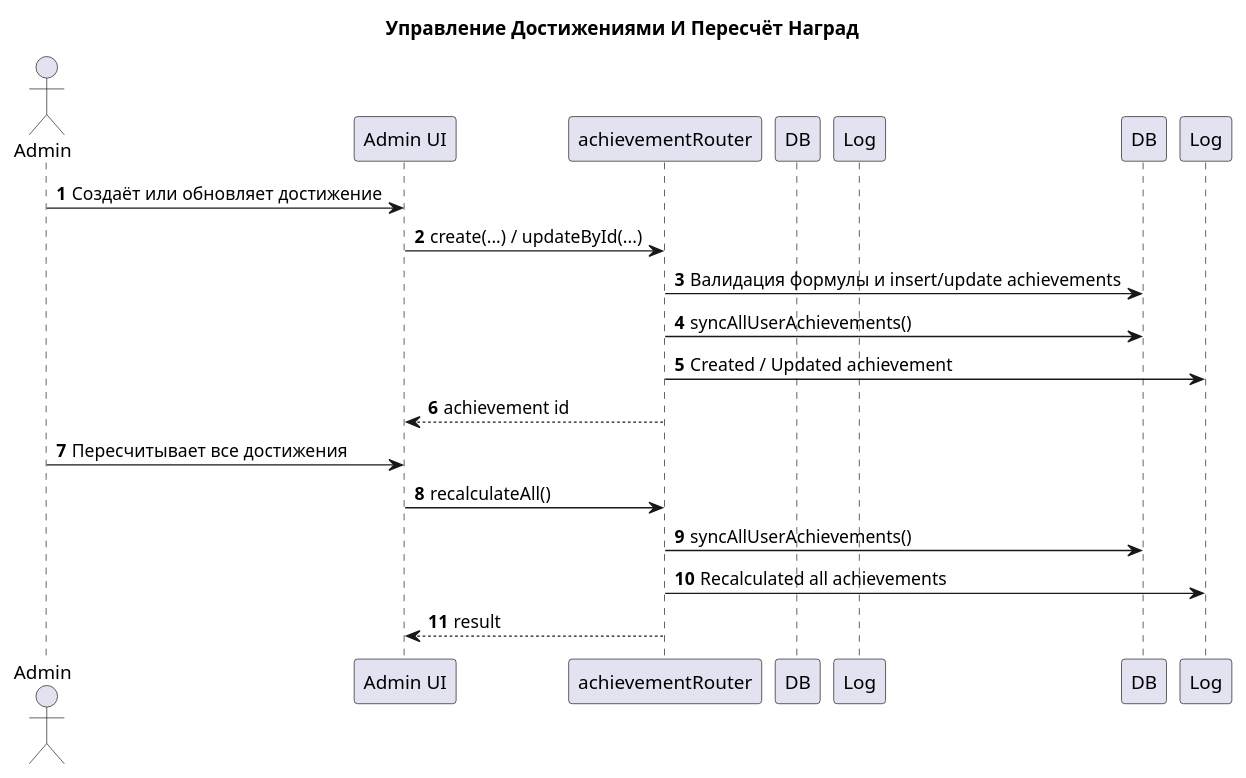
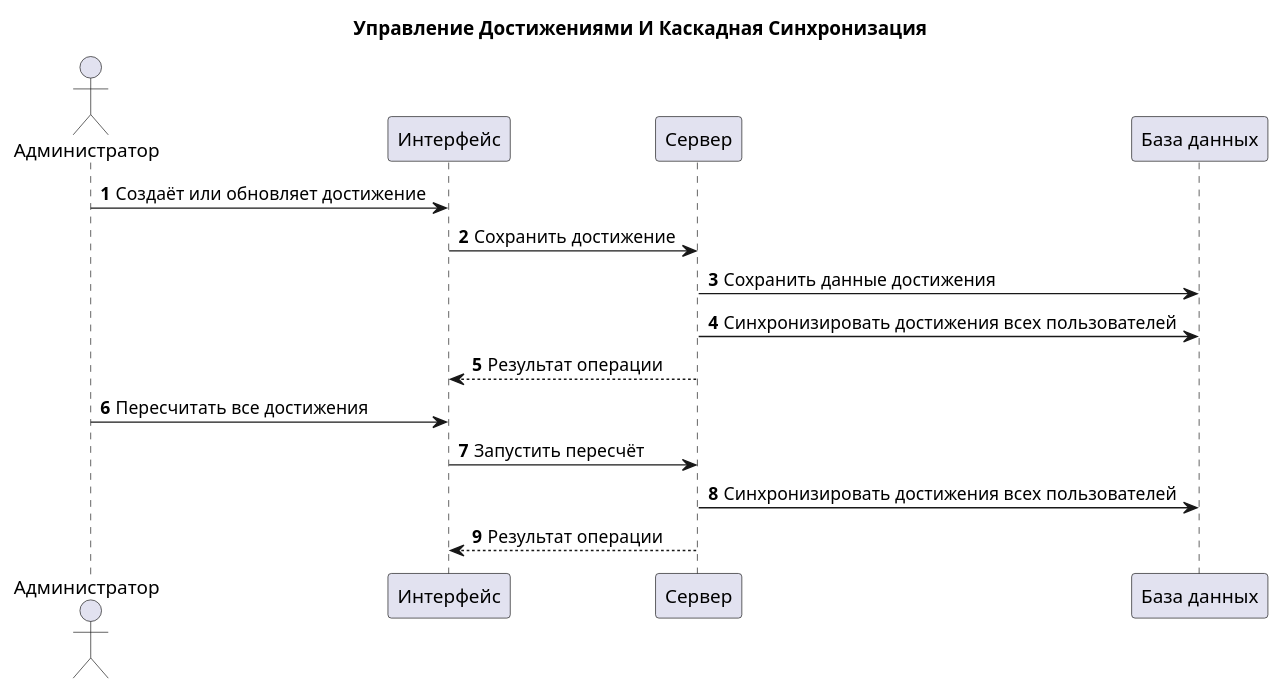
One commit to nifle3/diplom_work changed the diagram in docs/sequence/19_achievements.puml. Above: the diagram before and after it, drawn with PlantUML. The commit also changed 4 other files, not shown here.

Commit message:
update sequence

```diff
--- a/docs/sequence/19_achievements.puml
+++ b/docs/sequence/19_achievements.puml
@@ -1,25 +1,24 @@
 @startuml 19_achievements
-title Управление Достижениями И Пересчёт Наград
+title Управление Достижениями И Каскадная Синхронизация
+
+skinparam backgroundColor white
 
 autonumber
 
-actor Admin
-participant UI as "Admin UI"
-participant API as "achievementRouter"
-participant DB as Postgres
-participant Log as Logger
+actor Администратор
+participant UI as "Интерфейс"
+participant Server as "Сервер"
+participant DB as "База данных"
 
-Admin -> UI: Создаёт или обновляет достижение
-UI -> API: create(...) / updateById(...)
-API -> DB: Валидация формулы и insert/update achievements
-API -> DB: syncAllUserAchievements()
-API -> Log: Created / Updated achievement
-API --> UI: achievement id
+Администратор -> UI: Создаёт или обновляет достижение
+UI -> Server: Сохранить достижение
+Server -> DB: Сохранить данные достижения
+Server -> DB: Синхронизировать достижения всех пользователей
+Server --> UI: Результат операции
 
-Admin -> UI: Пересчитывает все достижения
-UI -> API: recalculateAll()
-API -> DB: syncAllUserAchievements()
-API -> Log: Recalculated all achievements
-API --> UI: result
+Администратор -> UI: Пересчитать все достижения
+UI -> Server: Запустить пересчёт
+Server -> DB: Синхронизировать достижения всех пользователей
+Server --> UI: Результат операции
 
 @enduml
```
